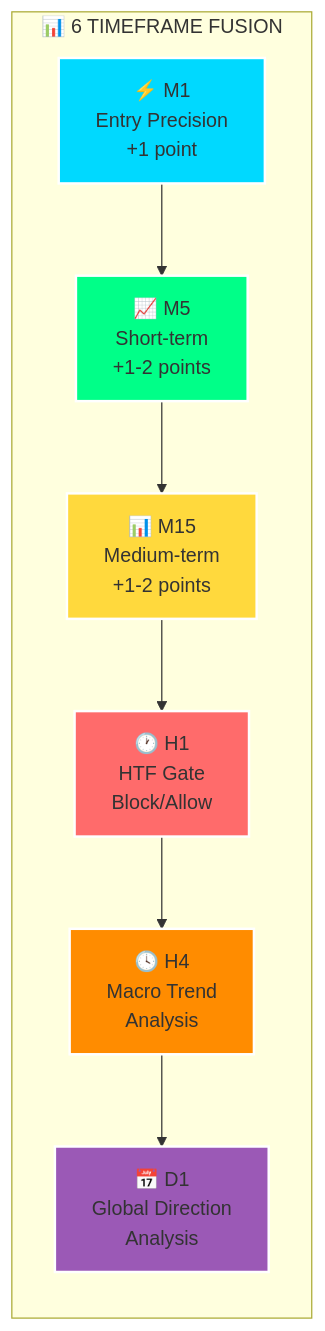
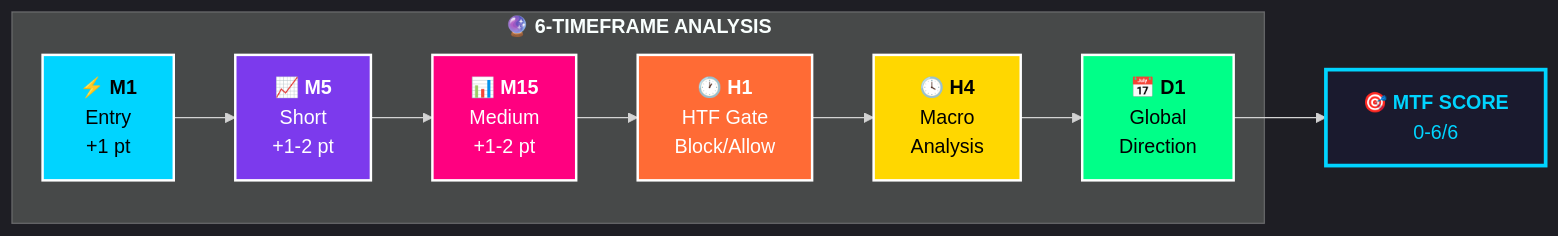
Before and after one commit to Kabir0067/Exness: the second of 5 diagrams in README.md, drawn with Mermaid. The commit also changed other lines of this file, not shown here.

Commit message:
33 - Ultra Premium README with animated headers, Mermaid diagrams, vibrant colors

````diff
--- a/README.md
+++ b/README.md
@@ -141,20 +181,24 @@
 ```mermaid
+%%{init: {'theme': 'dark', 'themeVariables': { 'primaryColor': '#00d4ff'}}}%%
+
 graph LR
-    subgraph TIMEFRAMES["📊 6 TIMEFRAME FUSION"]
-        M1["⚡ M1<br/>Entry Precision<br/>+1 point"]
-        M5["📈 M5<br/>Short-term<br/>+1-2 points"]
-        M15["📊 M15<br/>Medium-term<br/>+1-2 points"]
-        H1["🕐 H1<br/>HTF Gate<br/>Block/Allow"]
-        H4["🕓 H4<br/>Macro Trend<br/>Analysis"]
-        D1["📅 D1<br/>Global Direction<br/>Analysis"]
+    subgraph MTF["<b>🔮 6-TIMEFRAME ANALYSIS</b>"]
+        M1["⚡ <b>M1</b><br/>Entry<br/>+1 pt"]
+        M5["📈 <b>M5</b><br/>Short<br/>+1-2 pt"]
+        M15["📊 <b>M15</b><br/>Medium<br/>+1-2 pt"]
+        H1["🕐 <b>H1</b><br/>HTF Gate<br/>Block/Allow"]
+        H4["🕓 <b>H4</b><br/>Macro<br/>Analysis"]
+        D1["📅 <b>D1</b><br/>Global<br/>Direction"]
     end
 
     M1 --> M5 --> M15 --> H1 --> H4 --> D1
+    D1 --> SCORE["🎯 <b>MTF SCORE</b><br/>0-6/6"]
 
-    style M1 fill:#00d9ff,stroke:#fff,stroke-width:2px
-    style M5 fill:#00ff88,stroke:#fff,stroke-width:2px
-    style M15 fill:#ffd93d,stroke:#fff,stroke-width:2px
-    style H1 fill:#ff6b6b,stroke:#fff,stroke-width:2px
-    style H4 fill:#ff8c00,stroke:#fff,stroke-width:2px
-    style D1 fill:#9b59b6,stroke:#fff,stroke-width:2px
+    style M1 fill:#00d4ff,stroke:#fff,stroke-width:2px,color:#000
+    style M5 fill:#7c3aed,stroke:#fff,stroke-width:2px,color:#fff
+    style M15 fill:#ff0080,stroke:#fff,stroke-width:2px,color:#fff
+    style H1 fill:#ff6b35,stroke:#fff,stroke-width:2px,color:#fff
+    style H4 fill:#ffd700,stroke:#fff,stroke-width:2px,color:#000
+    style D1 fill:#00ff88,stroke:#fff,stroke-width:2px,color:#000
+    style SCORE fill:#1a1a2e,stroke:#00d4ff,stroke-width:3px,color:#00d4ff
 ```
````
